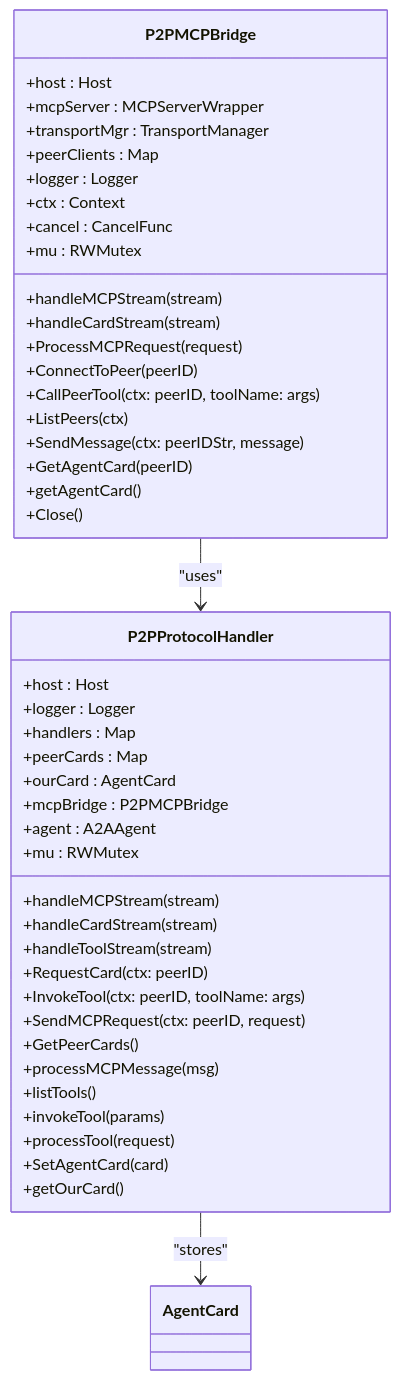
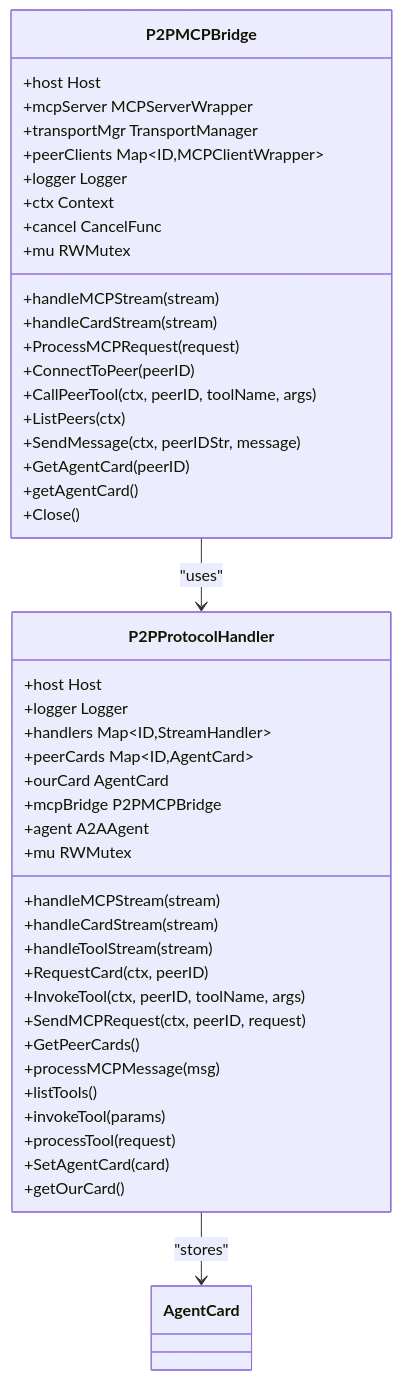
The fourth of 5 diagrams in docs/Architecture Overview/P2P Networking Layer/Agent Card Exchange and Capability Negotiation.md (prxs-ai/praxis-go-sdk), drawn with Mermaid before and after one commit. The commit also changed other lines of this file and 33 other files, not shown here.

````diff
--- a/docs/Architecture Overview/P2P Networking Layer/Agent Card Exchange and Capability Negotiation.md
+++ b/docs/Architecture Overview/P2P Networking Layer/Agent Card Exchange and Capability Negotiation.md
@@ -134,48 +134,48 @@
 ```mermaid
 classDiagram
 class P2PMCPBridge {
-+host : Host
-+mcpServer : MCPServerWrapper
-+transportMgr : TransportManager
-+peerClients : Map<ID, MCPClientWrapper>
-+logger : Logger
-+ctx : Context
-+cancel : CancelFunc
-+mu : RWMutex
++host Host
++mcpServer MCPServerWrapper
++transportMgr TransportManager
++peerClients Map~ID,MCPClientWrapper~
++logger Logger
++ctx Context
++cancel CancelFunc
++mu RWMutex
 +handleMCPStream(stream)
 +handleCardStream(stream)
 +ProcessMCPRequest(request)
 +ConnectToPeer(peerID)
-+CallPeerTool(ctx: peerID, toolName: args)
++CallPeerTool(ctx, peerID, toolName, args)
 +ListPeers(ctx)
-+SendMessage(ctx: peerIDStr, message)
++SendMessage(ctx, peerIDStr, message)
 +GetAgentCard(peerID)
 +getAgentCard()
 +Close()
 }
 class P2PProtocolHandler {
-+host : Host
-+logger : Logger
-+handlers : Map<ID, StreamHandler>
-+peerCards : Map<ID, AgentCard>
-+ourCard : AgentCard
-+mcpBridge : P2PMCPBridge
-+agent : A2AAgent
-+mu : RWMutex
++host Host
++logger Logger
++handlers Map~ID,StreamHandler~
++peerCards Map~ID,AgentCard~
++ourCard AgentCard
++mcpBridge P2PMCPBridge
++agent A2AAgent
++mu RWMutex
 +handleMCPStream(stream)
 +handleCardStream(stream)
 +handleToolStream(stream)
-+RequestCard(ctx: peerID)
-+InvokeTool(ctx: peerID, toolName: args)
-+SendMCPRequest(ctx: peerID, request)
++RequestCard(ctx, peerID)
++InvokeTool(ctx, peerID, toolName, args)
++SendMCPRequest(ctx, peerID, request)
 +GetPeerCards()
 +processMCPMessage(msg)
 +listTools()
 +invokeTool(params)
 +processTool(request)
 +SetAgentCard(card)
 +getOurCard()
 }
 P2PMCPBridge --> P2PProtocolHandler : "uses"
 P2PProtocolHandler --> AgentCard : "stores"
 ```
````
